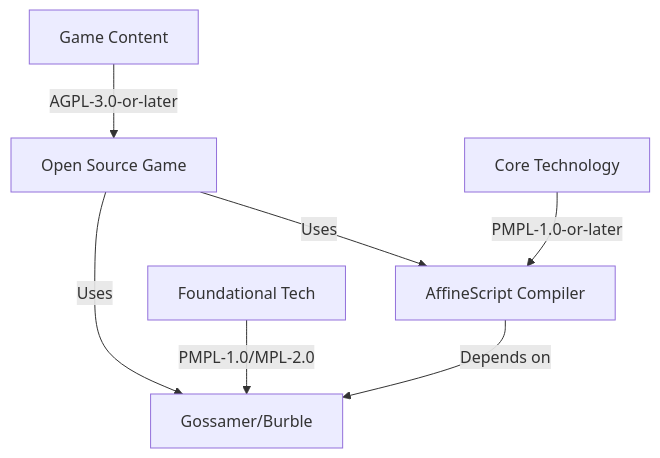
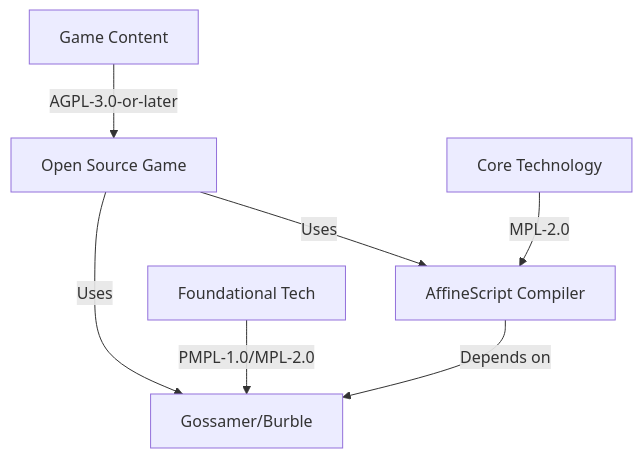
Before and after one commit to hyperpolymath/bofj-kitt: the diagram in affinescript/LICENSING-GUIDE.md, drawn with Mermaid. The commit also changed other lines of this file and 572 other files, not shown here.

Commit message:
chore: migrate license from PMPL-1.0-or-later to MPL-2.0

````diff
--- a/affinescript/LICENSING-GUIDE.md
+++ b/affinescript/LICENSING-GUIDE.md
@@ -69,10 +69,10 @@
 ```mermaid
 graph TD
     A[Game Content] -->|AGPL-3.0-or-later| B[Open Source Game]
-    C[Core Technology] -->|PMPL-1.0-or-later| D[AffineScript Compiler]
+    C[Core Technology] -->|MPL-2.0| D[AffineScript Compiler]
     E[Foundational Tech] -->|PMPL-1.0/MPL-2.0| F[Gossamer/Burble]
     
     B -->|Uses| D
     B -->|Uses| F
     D -->|Depends on| F
 ```
````
